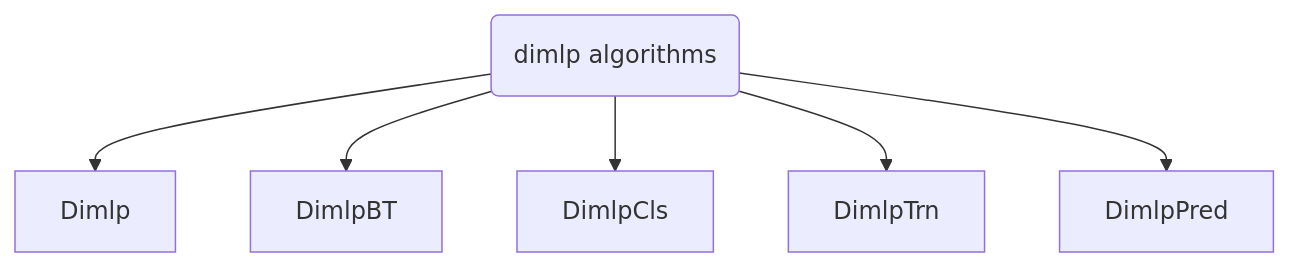
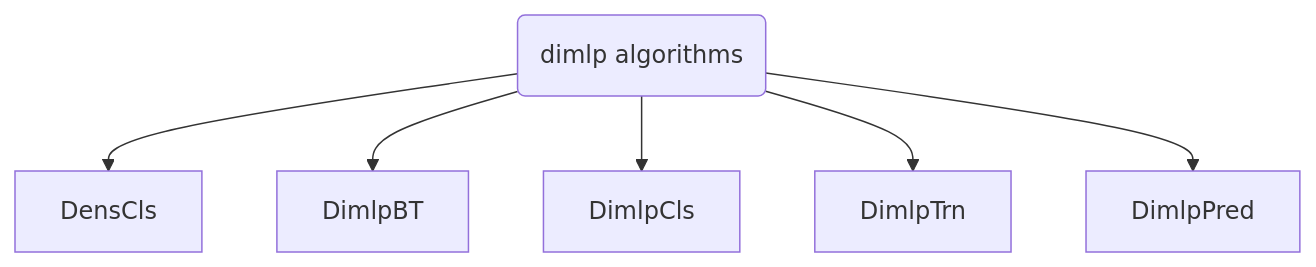
The diagram in docs/documentation/algorithms/dimlp/overview.md (HES-XPLAIN/hes-xplain.github.io), drawn with Mermaid before and after one commit. The commit also changed 1 other file, not shown here.

Commit message:
Restructured file architecture. Fixed content mistakes

````diff
--- a/docs/documentation/algorithms/dimlp/overview.md
+++ b/docs/documentation/algorithms/dimlp/overview.md
@@ -12,8 +12,8 @@
 ```mermaid
 graph TD;
-    d(dimlp algorithms) --> Dimlp;
+    d(dimlp algorithms) --> DensCls;
     d --> DimlpBT;
     d --> DimlpCls;
     d --> DimlpTrn;
     d --> DimlpPred;
 ```
````
